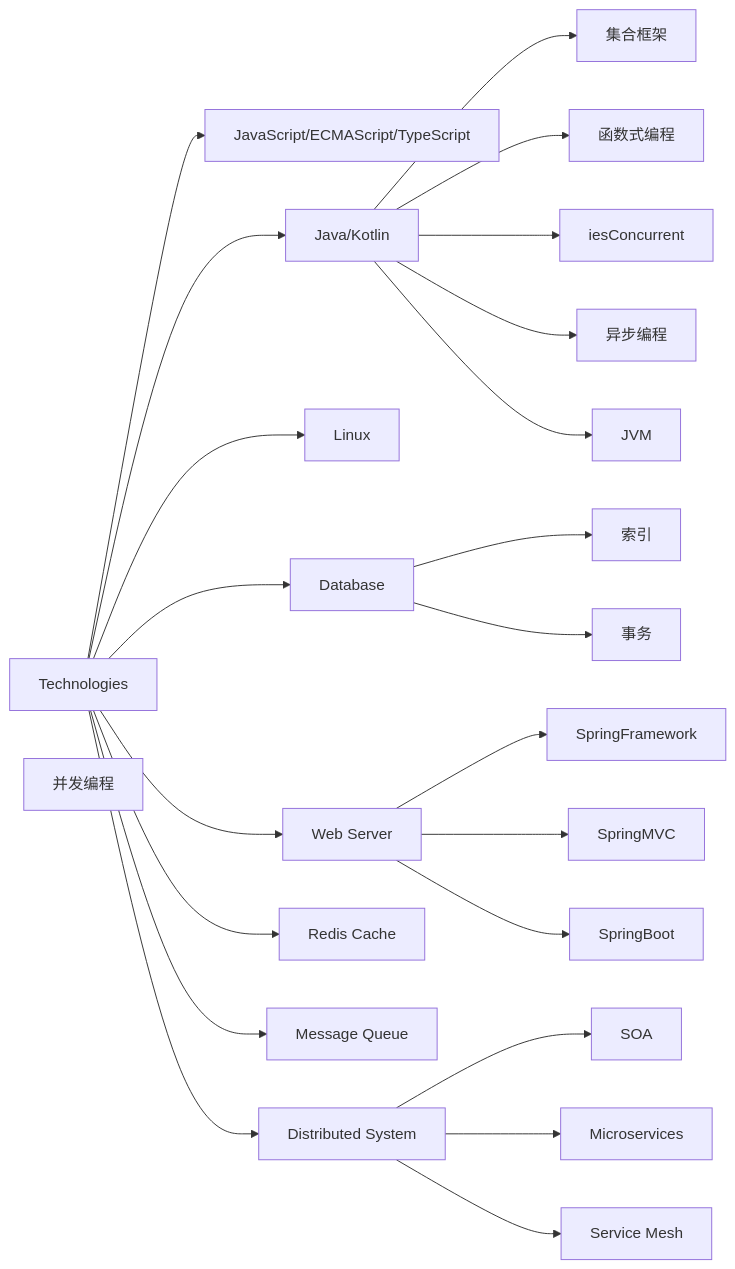
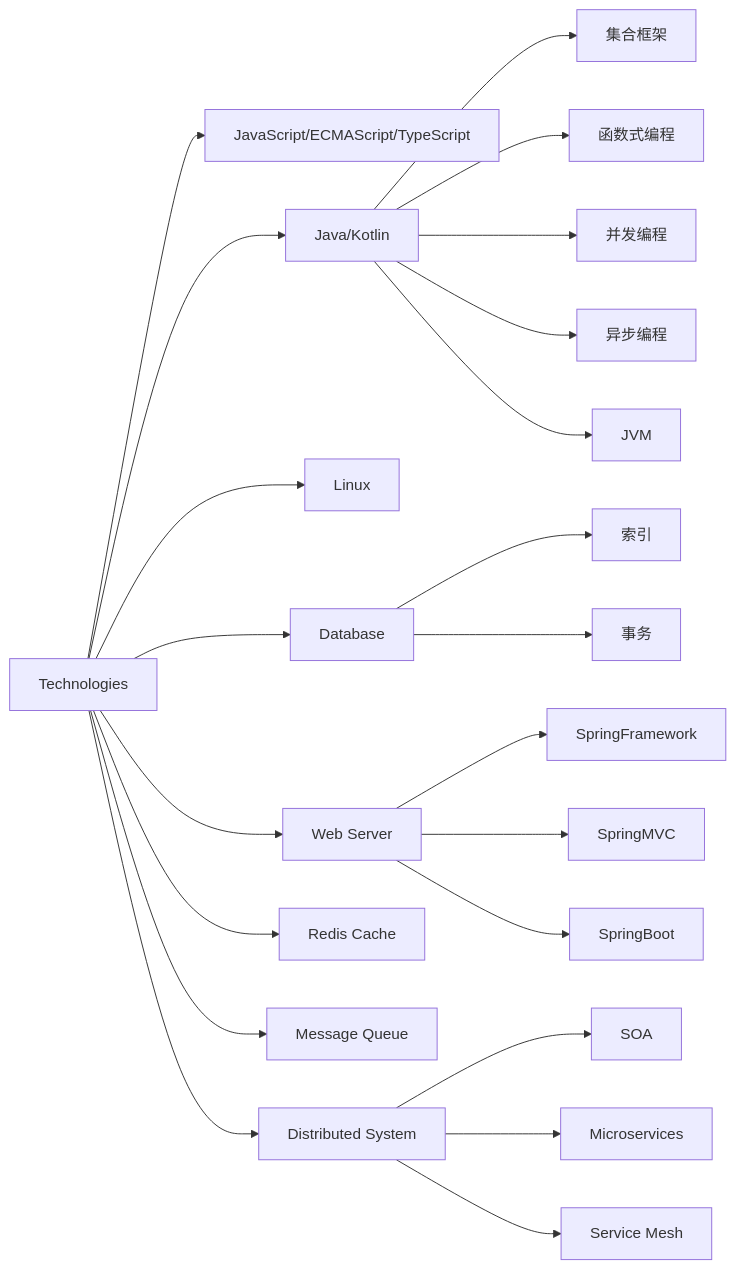
The diagram in README.md (xtyuns/xtyuns), drawn with Mermaid before and after one commit.

Commit message:
fix mermaid error

````diff
--- a/README.md
+++ b/README.md
@@ -35,54 +35,54 @@
 ```mermaid
 graph LR
     Root[Technologies]
 
     ES[JavaScript/ECMAScript/TypeScript]
     Root --> ES
 
     Java[Java/Kotlin]
     Root --> Java
         Collection[集合框架]
         Java --> Collection
         Stream[函数式编程]
         Java --> Stream
         Concurrent[并发编程]
-        Java --> iesConcurrent
+        Java --> Concurrent
         Async[异步编程]
         Java --> Async
         JVM[JVM]
         Java --> JVM
 
     Linux[Linux]
     Root --> Linux
 
     DB[Database]
     Root --> DB
         DBIndex[索引]
         DB --> DBIndex
         Transaction[事务]
         DB --> Transaction
 
     WebServer[Web Server]
     Root --> WebServer
         Spring[SpringFramework]
         WebServer --> Spring
         SpringMVC[SpringMVC]
         WebServer --> SpringMVC
         SpringBoot[SpringBoot]
         WebServer --> SpringBoot
 
     Cache[Redis Cache]
     Root --> Cache
 
     MQ[Message Queue]
     Root --> MQ
 
     DS[Distributed System]
     Root --> DS
         SOA[SOA]
         DS --> SOA
         Microservices[Microservices]
         DS --> Microservices
         ServiceMesh[Service Mesh]
         DS --> ServiceMesh
 ```
````
